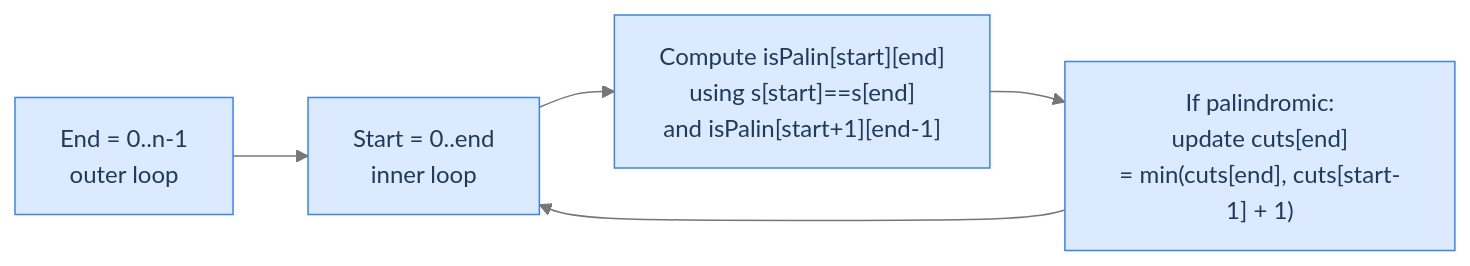
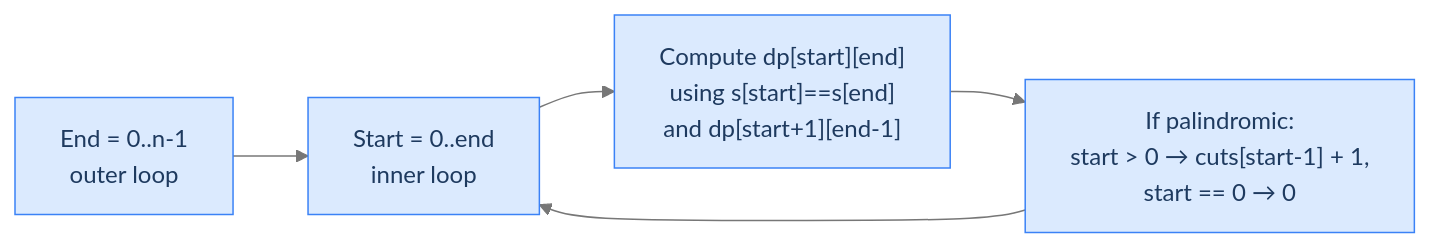
The third of 3 diagrams in content/cortex/data-structures-and-algorithms/05-algorithms-by-strategy/05-dynamic-programming/08-palindrome-partitioning.md (ani2fun/codefolio), drawn with Mermaid before and after one commit. The commit also changed other lines of this file and 319 other files, not shown here.

````diff
--- a/content/cortex/data-structures-and-algorithms/05-algorithms-by-strategy/05-dynamic-programming/08-palindrome-partitioning.md
+++ b/content/cortex/data-structures-and-algorithms/05-algorithms-by-strategy/05-dynamic-programming/08-palindrome-partitioning.md
@@ -128,19 +128,19 @@
 ```mermaid
 ---
 config:
   theme: base
   themeVariables:
     primaryColor: "#dbeafe"
     primaryBorderColor: "#3b82f6"
     primaryTextColor: "#1e3a5f"
     lineColor: "#777777"
     secondaryColor: "#ede9fe"
     tertiaryColor: "#fef9c3"
 ---
 flowchart LR
   E0["End = 0..n-1<br/>outer loop"]
   E0 --> S0["Start = 0..end<br/>inner loop"]
-  S0 --> ISP["Compute isPalin[start][end]<br/>using s[start]==s[end]<br/>and isPalin[start+1][end-1]"]
-  ISP --> CUTS["If palindromic:<br/>update cuts[end]<br/>= min(cuts[end], cuts[start-1] + 1)"]
+  S0 --> ISP["Compute dp[start][end]<br/>using s[start]==s[end]<br/>and dp[start+1][end-1]"]
+  ISP --> CUTS["If palindromic:<br/>start &gt; 0 → cuts[start-1] + 1,<br/>start == 0 → 0"]
   CUTS --> S0
 ```
````
